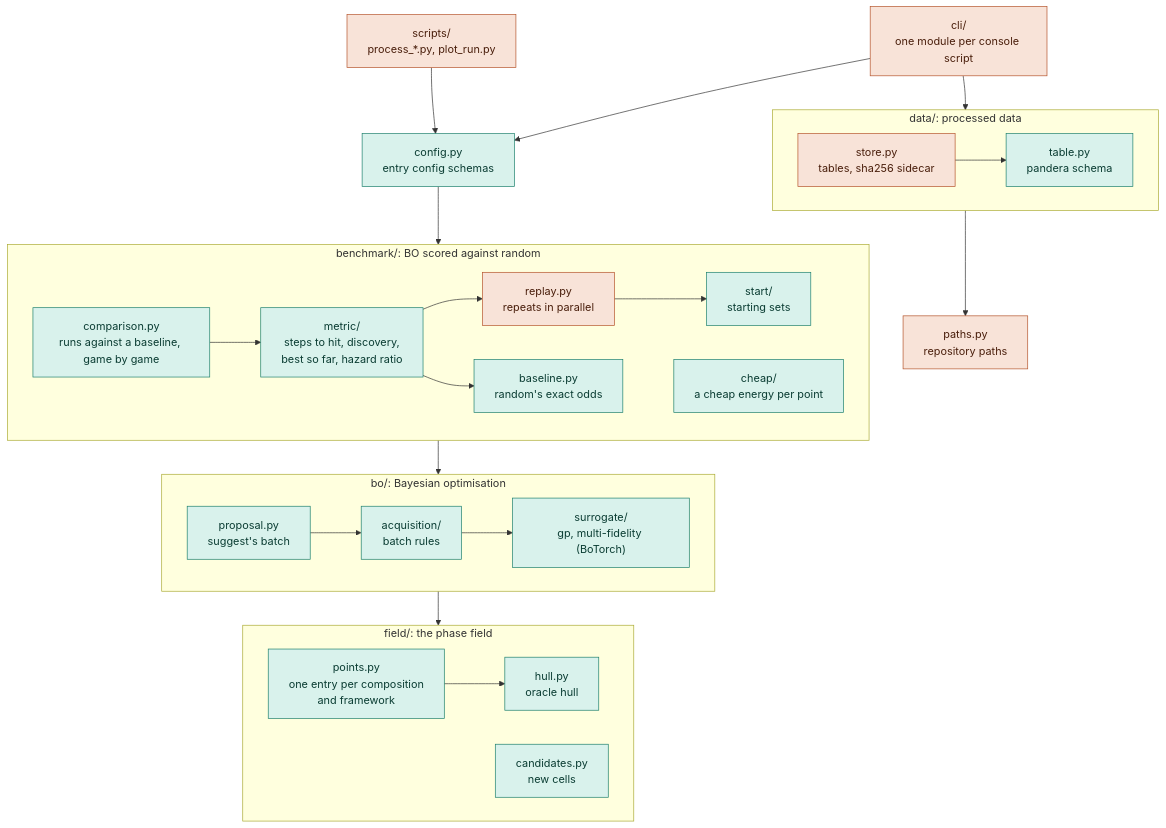
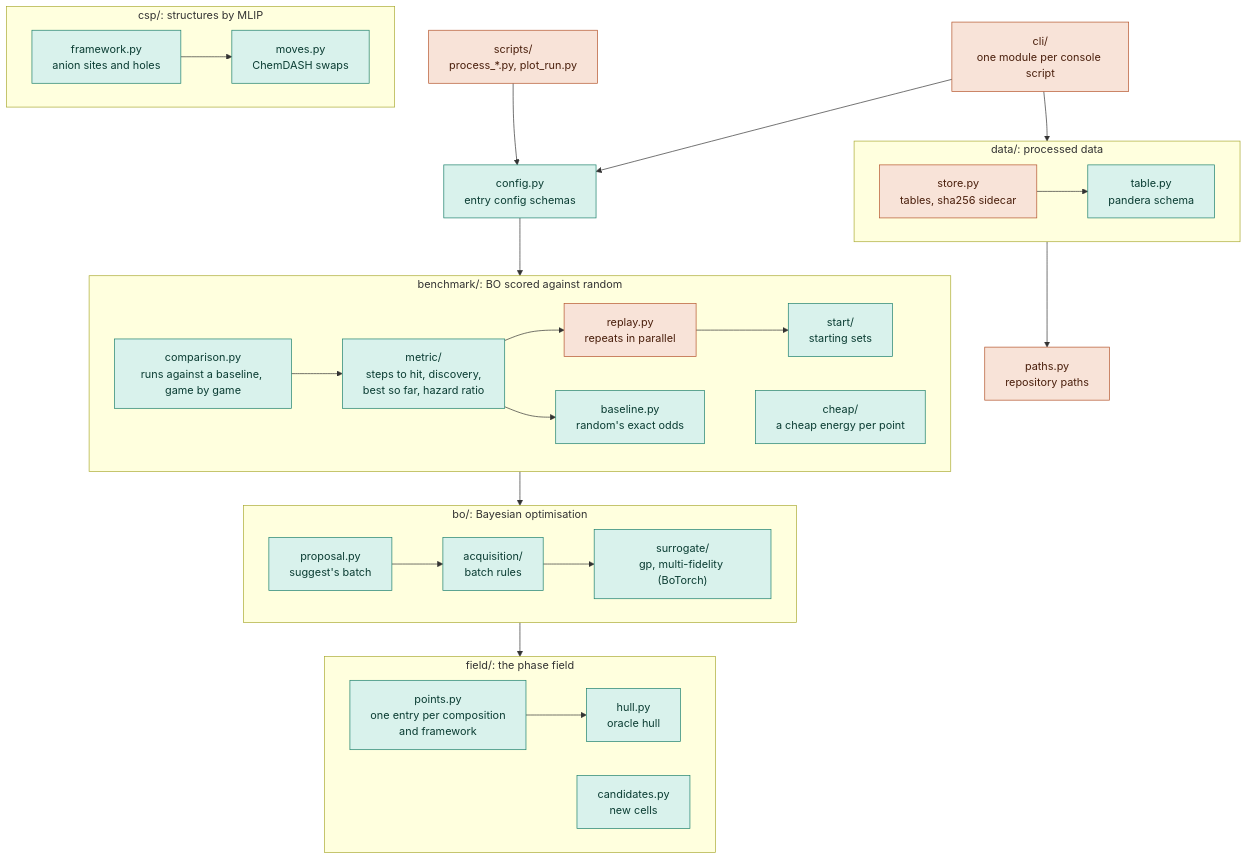
One commit to nuinashco/PhaseBO changed the first of 2 diagrams in CONTRIBUTING.md. Above: the diagram before and after it, drawn with Mermaid. The commit also changed other lines of this file and 8 other files, not shown here.

Commit message:
feat(csp): build framework cells and chemdash swaps

````diff
--- a/CONTRIBUTING.md
+++ b/CONTRIBUTING.md
@@ -10,39 +10,44 @@
 ```mermaid
 flowchart TD
     scripts["scripts/<br/>process_*.py, plot_run.py"]:::side
     cli["cli/<br/>one module per console script"]:::side
     config["config.py<br/>entry config schemas"]:::pure
     subgraph benchmark["benchmark/: BO scored against random"]
         comparison["comparison.py<br/>runs against a baseline, game by game"]:::pure
         metric["metric/<br/>steps to hit, discovery,<br/>best so far, hazard ratio"]:::pure
         replay["replay.py<br/>repeats in parallel"]:::side
         start["start/<br/>starting sets"]:::pure
         baseline["baseline.py<br/>random's exact odds"]:::pure
         cheap["cheap/<br/>a cheap energy per point"]:::pure
         comparison --> metric --> replay --> start
         metric --> baseline
     end
     subgraph bo["bo/: Bayesian optimisation"]
         proposal["proposal.py<br/>suggest's batch"]:::pure
         acquisition["acquisition/<br/>batch rules"]:::pure
         surrogate["surrogate/<br/>gp, multi-fidelity (BoTorch)"]:::pure
         proposal --> acquisition --> surrogate
     end
     subgraph field["field/: the phase field"]
         points["points.py<br/>one entry per composition<br/>and framework"]:::pure
         hull["hull.py<br/>oracle hull"]:::pure
         candidates["candidates.py<br/>new cells"]:::pure
         points --> hull
     end
+    subgraph csp["csp/: structures by MLIP"]
+        framework["framework.py<br/>anion sites and holes"]:::pure
+        moves["moves.py<br/>ChemDASH swaps"]:::pure
+        framework --> moves
+    end
     subgraph data["data/: processed data"]
         store["store.py<br/>tables, sha256 sidecar"]:::side
         table["table.py<br/>pandera schema"]:::pure
         store --> table
     end
     paths["paths.py<br/>repository paths"]:::side
     scripts --> config
     cli --> config --> benchmark --> bo --> field
     cli --> data --> paths
     classDef pure fill:#d9f2ec,stroke:#1b7f6b,color:#0b3d33
     classDef side fill:#f8e3d8,stroke:#b4532a,color:#4a1f0c
 ```
````
